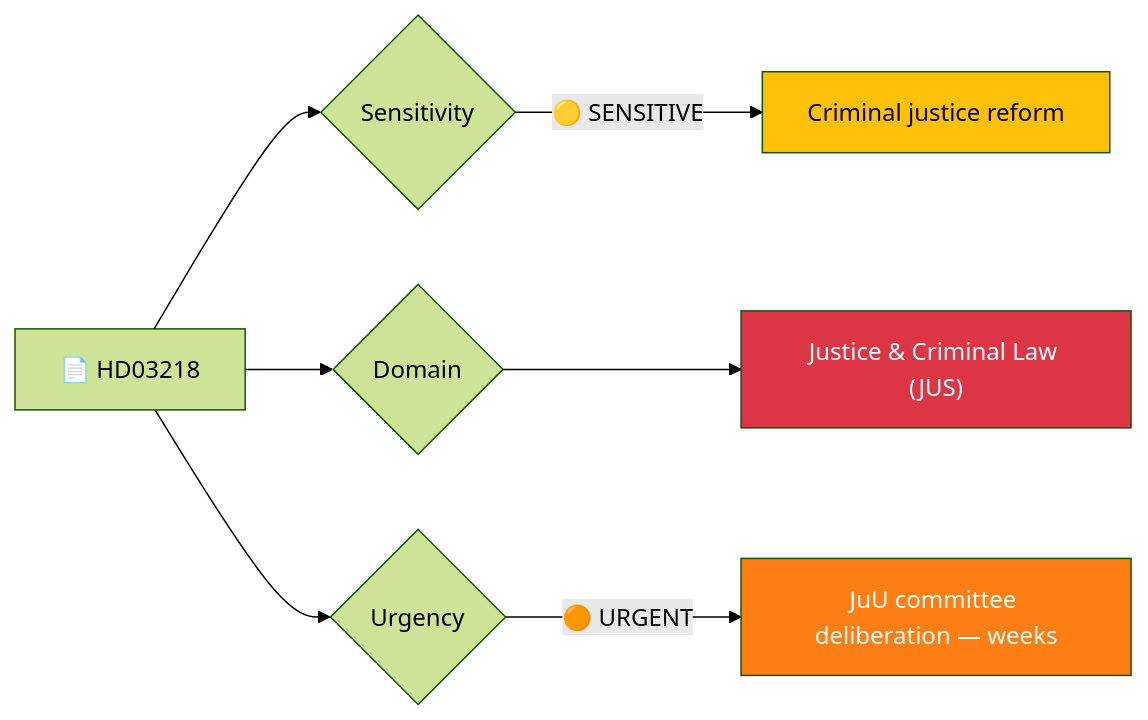
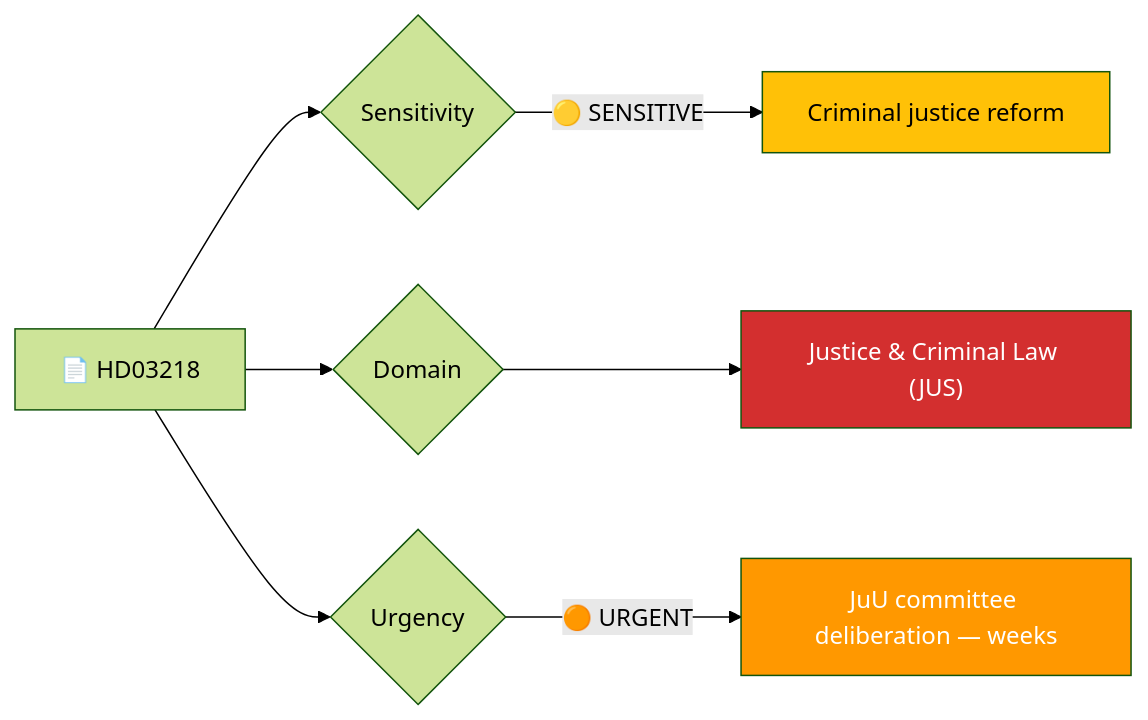
Before and after one commit to Hack23/riksdagsmonitor: the first of 3 diagrams in analysis/daily/2026-04-09/realtime-1436/documents/hd03218-analysis.md, drawn with Mermaid (forest theme). The commit also changed other lines of this file and 785 other files, not shown here.

First line of the commit message:
Normalize mermaid colors across 786 analysis artifacts to ISMS Style Guide palette

````diff
--- a/analysis/daily/2026-04-09/realtime-1436/documents/hd03218-analysis.md
+++ b/analysis/daily/2026-04-09/realtime-1436/documents/hd03218-analysis.md
@@ -26,15 +26,15 @@
 ```mermaid
 graph LR
     A["📄 HD03218"] --> B{Sensitivity}
     B -->|"🟡 SENSITIVE"| D["Criminal justice reform"]
 
     A --> G{Domain}
     G --> H["Justice & Criminal Law (JUS)"]
 
     A --> I{Urgency}
     I -->|"🟠 URGENT"| K["JuU committee deliberation — weeks"]
 
-    style D fill:#ffc107,color:#000
-    style H fill:#dc3545,color:#fff
-    style K fill:#fd7e14,color:#fff
+    style D fill:#FFC107,color:#000000
+    style H fill:#D32F2F,color:#FFFFFF
+    style K fill:#FF9800,color:#FFFFFF
 ```
````
